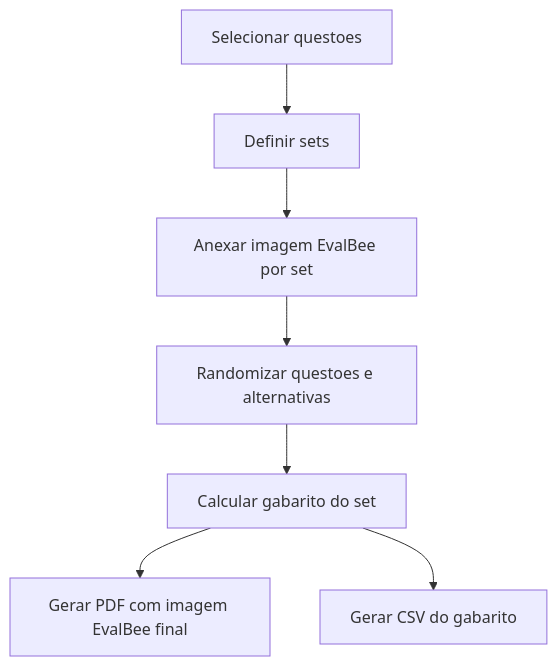
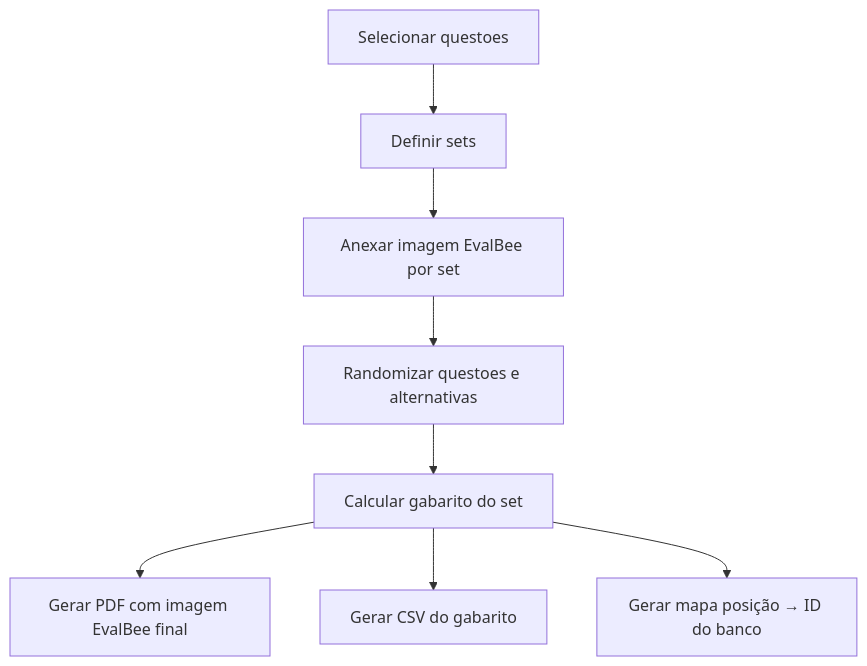
Before and after one commit to Eronponce/UniFil-Exams: the diagram in docs/EXPORTS_EVALBEE.md, drawn with Mermaid. The commit also changed other lines of this file and 4 other files, not shown here.

````diff
--- a/docs/EXPORTS_EVALBEE.md
+++ b/docs/EXPORTS_EVALBEE.md
@@ -54,9 +74,10 @@
 ```mermaid
 flowchart TD
     Select[Selecionar questoes] --> Sets[Definir sets]
     Sets --> EvalBee[Anexar imagem EvalBee por set]
     EvalBee --> Shuffle[Randomizar questoes e alternativas]
     Shuffle --> Key[Calcular gabarito do set]
     Key --> PDF[Gerar PDF com imagem EvalBee final]
     Key --> CSV[Gerar CSV do gabarito]
+    Key --> Trace[Gerar mapa posição → ID do banco]
 ```
````
